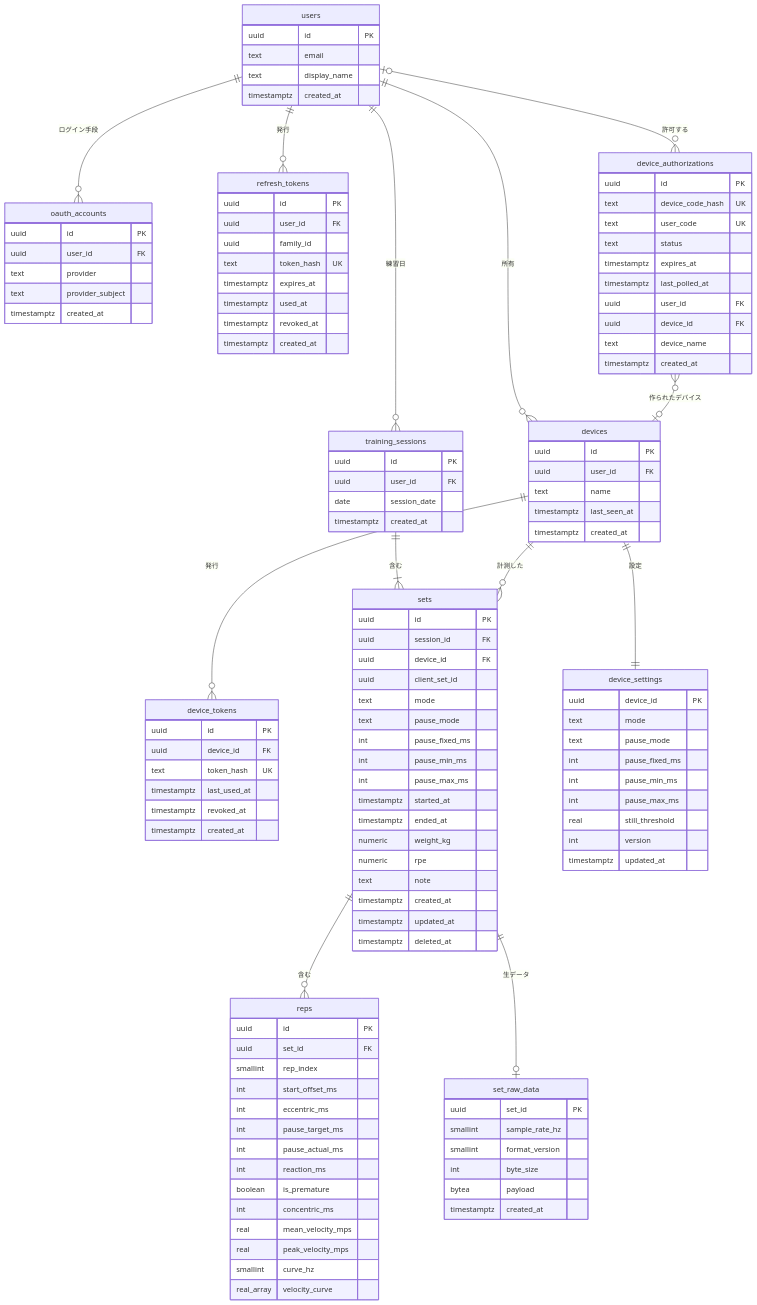
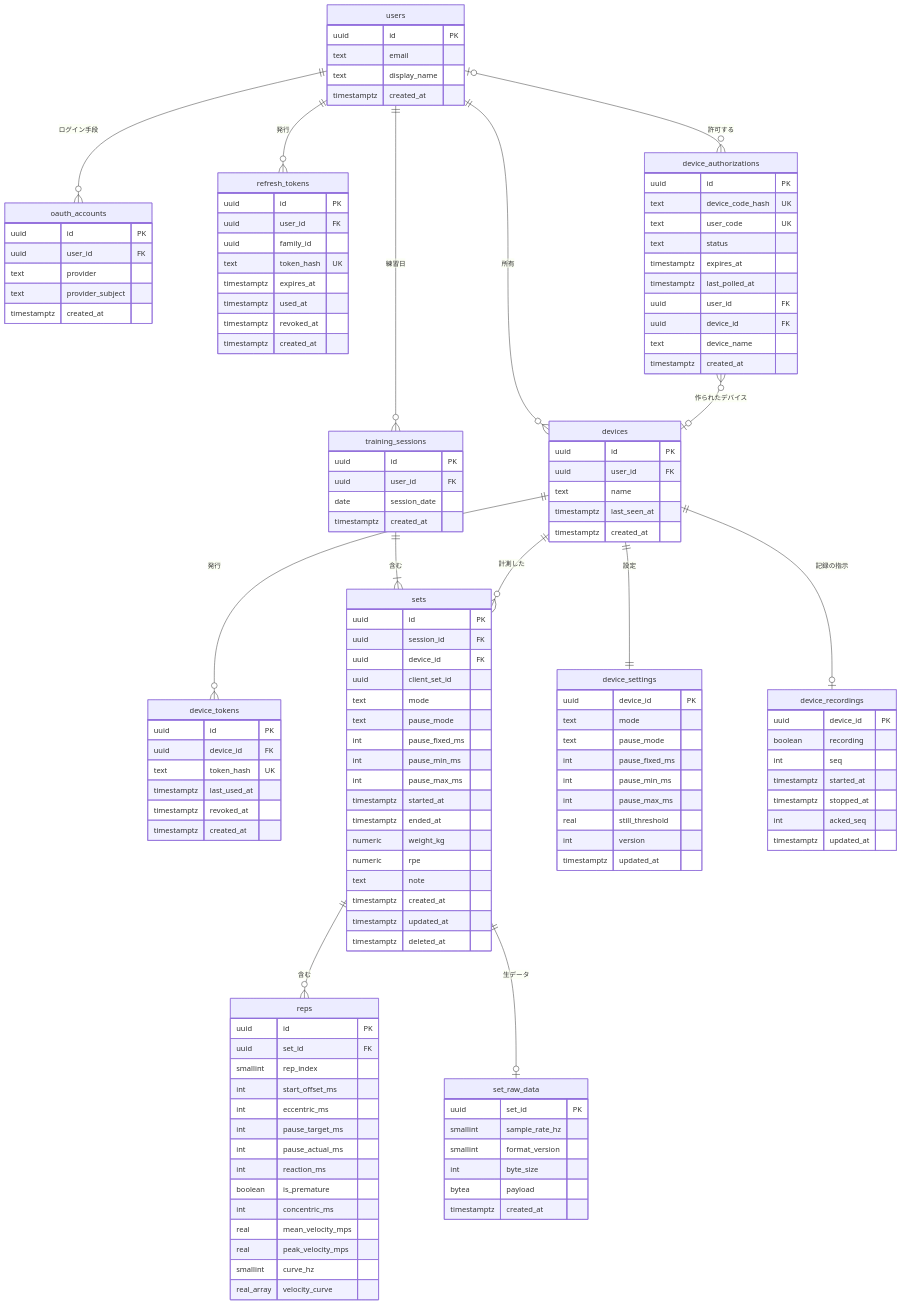
The diagram in docs/data-design.md (hayate5967/press-call), drawn with Mermaid before and after one commit. The commit also changed other lines of this file and 26 other files, not shown here.

```diff
--- a/docs/data-design.md
+++ b/docs/data-design.md
@@ -18,6 +18,7 @@
   sets ||--o{ reps : "含む"
   sets ||--o| set_raw_data : "生データ"
   devices ||--|| device_settings : "設定"
+  devices ||--o| device_recordings : "記録の指示"
   users |o--o{ device_authorizations : "許可する"
   device_authorizations }o--o| devices : "作られたデバイス"
 
@@ -82,6 +83,15 @@
     int version
     timestamptz updated_at
   }
+  device_recordings {
+    uuid device_id PK
+    boolean recording
+    int seq
+    timestamptz started_at
+    timestamptz stopped_at
+    int acked_seq
+    timestamptz updated_at
+  }
   training_sessions {
     uuid id PK
     uuid user_id FK
```
